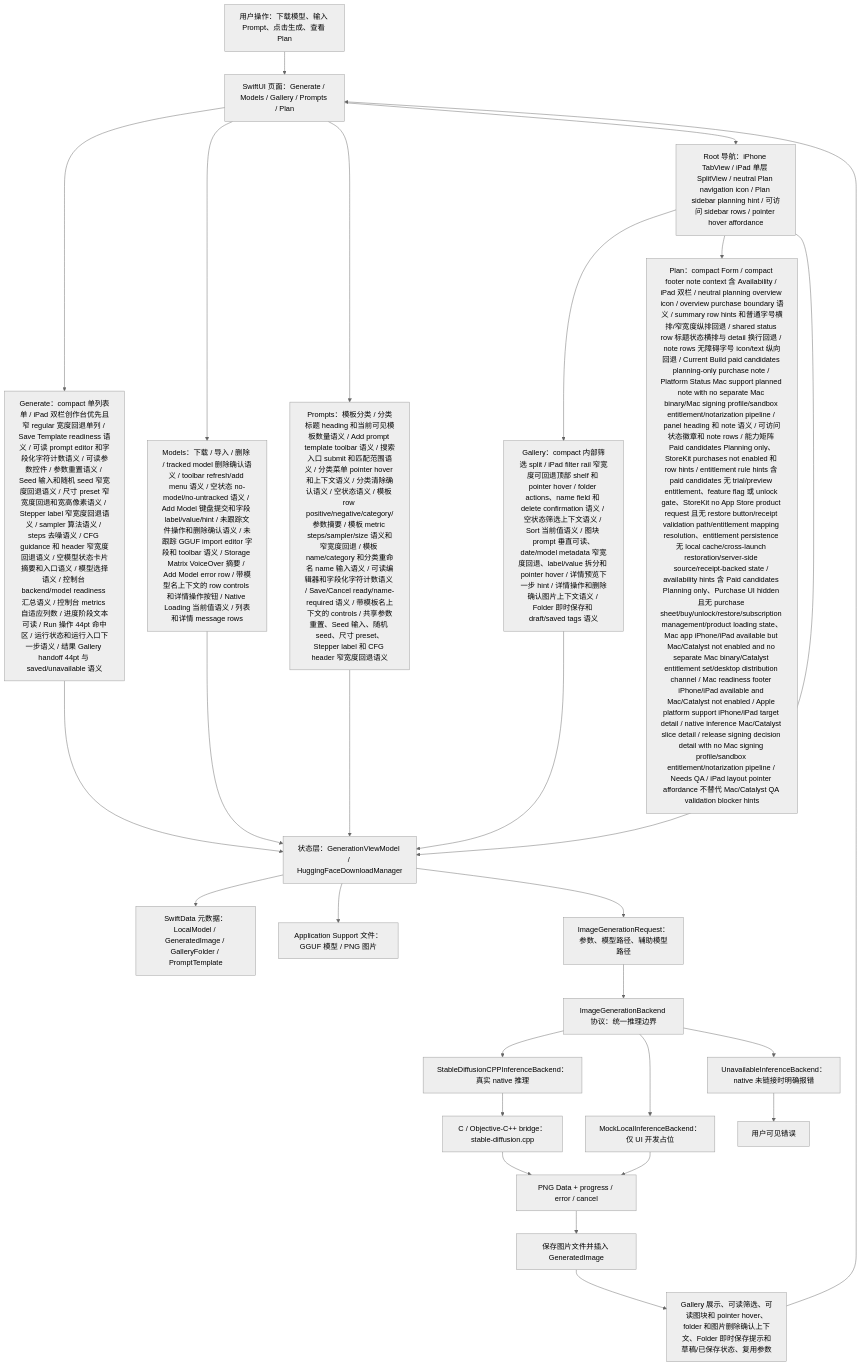
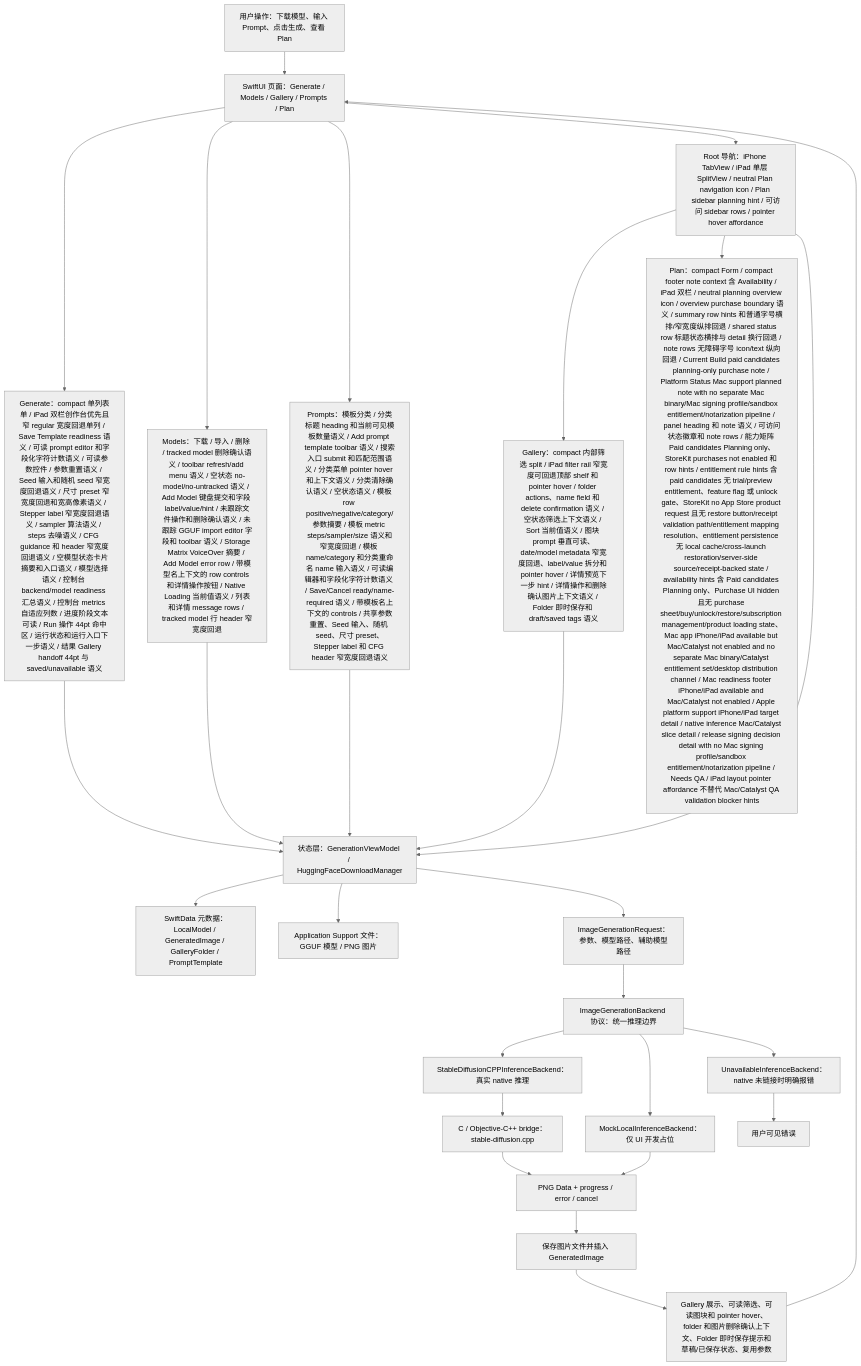
Before and after one commit to Altman-sam114/118: the first of 7 diagrams in md/flow/flowchart.md, drawn with Mermaid (neutral theme). The commit also changed 5 other files, not shown here.

First line of the commit message:
v1.136: Model row header fallback

````diff
--- a/md/flow/flowchart.md
+++ b/md/flow/flowchart.md
@@ -9,29 +9,29 @@
 ```mermaid
 flowchart TD
   U["用户操作：下载模型、输入 Prompt、点击生成、查看 Plan"] --> UI["SwiftUI 页面：Generate / Models / Gallery / Prompts / Plan"]
   UI --> GENUI["Generate：compact 单列表单 / iPad 双栏创作台优先且窄 regular 宽度回退单列 / Save Template readiness 语义 / 可读 prompt editor 和字段化字符计数语义 / 可读参数控件 / 参数重置语义 / Seed 输入和随机 seed 窄宽度回退语义 / 尺寸 preset 窄宽度回退和宽高像素语义 / Stepper label 窄宽度回退语义 / sampler 算法语义 / steps 去噪语义 / CFG guidance 和 header 窄宽度回退语义 / 空模型状态卡片摘要和入口语义 / 模型选择语义 / 控制台 backend/model readiness 汇总语义 / 控制台 metrics 自适应列数 / 进度阶段文本可读 / Run 操作 44pt 命中区 / 运行状态和运行入口下一步语义 / 结果 Gallery handoff 44pt 与 saved/unavailable 语义"]
-  UI --> MODELUI["Models：下载 / 导入 / 删除 / tracked model 删除确认语义 / toolbar refresh/add menu 语义 / 空状态 no-model/no-untracked 语义 / Add Model 键盘提交和字段 label/value/hint / 未跟踪文件操作和删除确认语义 / 未跟踪 GGUF import editor 字段和 toolbar 语义 / Storage Matrix VoiceOver 摘要 / Add Model error row / 带模型名上下文的 row controls 和详情操作按钮 / Native Loading 当前值语义 / 列表和详情 message rows"]
+  UI --> MODELUI["Models：下载 / 导入 / 删除 / tracked model 删除确认语义 / toolbar refresh/add menu 语义 / 空状态 no-model/no-untracked 语义 / Add Model 键盘提交和字段 label/value/hint / 未跟踪文件操作和删除确认语义 / 未跟踪 GGUF import editor 字段和 toolbar 语义 / Storage Matrix VoiceOver 摘要 / Add Model error row / 带模型名上下文的 row controls 和详情操作按钮 / Native Loading 当前值语义 / 列表和详情 message rows / tracked model 行 header 窄宽度回退"]
   UI --> PROMPTUI["Prompts：模板分类 / 分类标题 heading 和当前可见模板数量语义 / Add prompt template toolbar 语义 / 搜索入口 submit 和匹配范围语义 / 分类菜单 pointer hover 和上下文语义 / 分类清除确认语义 / 空状态语义 / 模板 row positive/negative/category/参数摘要 / 模板 metric steps/sampler/size 语义和窄宽度回退 / 模板 name/category 和分类重命名 name 输入语义 / 可读编辑器和字段化字符计数语义 / Save/Cancel ready/name-required 语义 / 带模板名上下文的 controls / 共享参数重置、Seed 输入、随机 seed、尺寸 preset、Stepper label 和 CFG header 窄宽度回退语义"]
   UI --> NAV["Root 导航：iPhone TabView / iPad 单层 SplitView / neutral Plan navigation icon / Plan sidebar planning hint / 可访问 sidebar rows / pointer hover affordance"]
   NAV --> GALUI["Gallery：compact 内部筛选 split / iPad filter rail 窄宽度可回退顶部 shelf 和 pointer hover / folder actions、name field 和 delete confirmation 语义 / 空状态筛选上下文语义 / Sort 当前值语义 / 图块 prompt 垂直可读、date/model metadata 窄宽度回退、label/value 拆分和 pointer hover / 详情预览下一步 hint / 详情操作和删除确认图片上下文语义 / Folder 即时保存和 draft/saved tags 语义"]
   NAV --> PLANUI["Plan：compact Form / compact footer note context 含 Availability / iPad 双栏 / neutral planning overview icon / overview purchase boundary 语义 / summary row hints 和普通字号横排/窄宽度纵排回退 / shared status row 标题状态横排与 detail 换行回退 / note rows 无障碍字号 icon/text 纵向回退 / Current Build paid candidates planning-only purchase note / Platform Status Mac support planned note with no separate Mac binary/Mac signing profile/sandbox entitlement/notarization pipeline / panel heading 和 note 语义 / 可访问状态徽章和 note rows / 能力矩阵 Paid candidates Planning only、StoreKit purchases not enabled 和 row hints / entitlement rule hints 含 paid candidates 无 trial/preview entitlement、feature flag 或 unlock gate、StoreKit no App Store product request 且无 restore button/receipt validation path/entitlement mapping resolution、entitlement persistence 无 local cache/cross-launch restoration/server-side source/receipt-backed state / availability hints 含 Paid candidates Planning only、Purchase UI hidden 且无 purchase sheet/buy/unlock/restore/subscription management/product loading state、Mac app iPhone/iPad available but Mac/Catalyst not enabled and no separate Mac binary/Catalyst entitlement set/desktop distribution channel / Mac readiness footer iPhone/iPad available and Mac/Catalyst not enabled / Apple platform support iPhone/iPad target detail / native inference Mac/Catalyst slice detail / release signing decision detail with no Mac signing profile/sandbox entitlement/notarization pipeline / Needs QA / iPad layout pointer affordance 不替代 Mac/Catalyst QA validation blocker hints"]
   NAV --> VM["状态层：GenerationViewModel / HuggingFaceDownloadManager"]
   GENUI --> VM
   MODELUI --> VM
   PROMPTUI --> VM
   GALUI --> VM
   VM --> SD["SwiftData 元数据：LocalModel / GeneratedImage / GalleryFolder / PromptTemplate"]
   VM --> FS["Application Support 文件：GGUF 模型 / PNG 图片"]
   VM --> REQ["ImageGenerationRequest：参数、模型路径、辅助模型路径"]
   REQ --> IFACE["ImageGenerationBackend 协议：统一推理边界"]
   IFACE --> NATIVE["StableDiffusionCPPInferenceBackend：真实 native 推理"]
   IFACE --> MOCK["MockLocalInferenceBackend：仅 UI 开发占位"]
   IFACE --> OFF["UnavailableInferenceBackend：native 未链接时明确报错"]
   NATIVE --> BRIDGE["C / Objective-C++ bridge：stable-diffusion.cpp"]
   BRIDGE --> PNG["PNG Data + progress / error / cancel"]
   MOCK --> PNG
   OFF --> ERR["用户可见错误"]
   PNG --> SAVE["保存图片文件并插入 GeneratedImage"]
   SAVE --> GALLERY["Gallery 展示、可读筛选、可读图块和 pointer hover、folder 和图片删除确认上下文、Folder 即时保存提示和草稿/已保存状态、复用参数"]
   GALLERY --> UI
 ```
````
